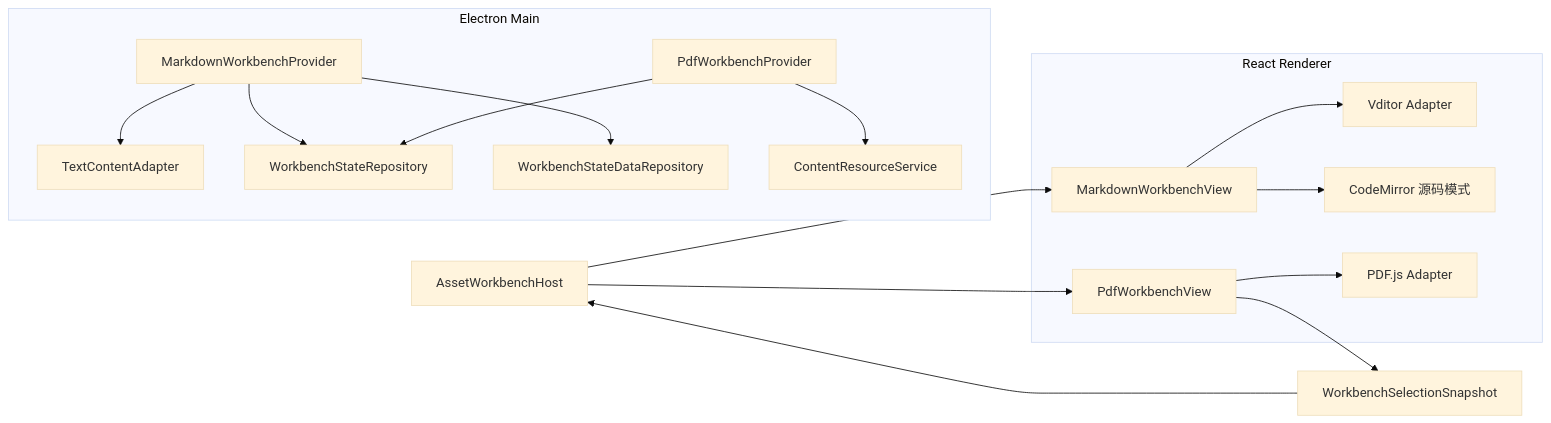
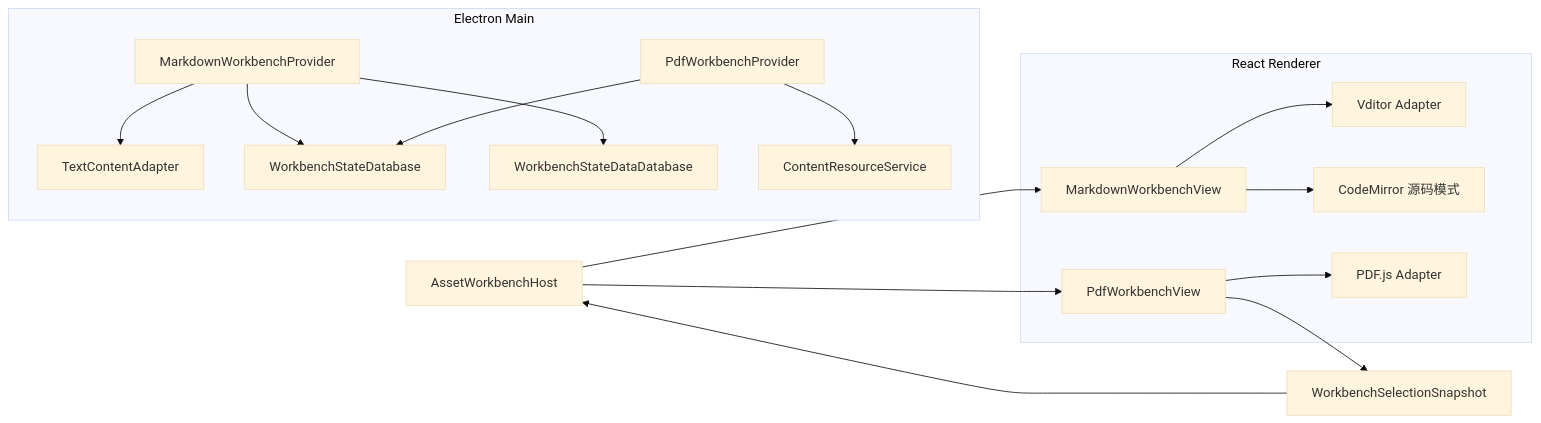
The first of 3 diagrams in docs/superpowers/specs/2026-07-28-markdown-pdf-workbenches-design.md (wu-tian807/learning-companion), drawn with Mermaid (base theme) before and after one commit. The commit also changed 50 other files, not shown here.

````diff
--- a/docs/superpowers/specs/2026-07-28-markdown-pdf-workbenches-design.md
+++ b/docs/superpowers/specs/2026-07-28-markdown-pdf-workbenches-design.md
@@ -99,35 +99,35 @@
 ```mermaid
 flowchart LR
     HOST["AssetWorkbenchHost"]
     SELECTION["WorkbenchSelectionSnapshot"]
 
     subgraph MAIN["Electron Main"]
         MDP["MarkdownWorkbenchProvider"]
         PDFP["PdfWorkbenchProvider"]
         TEXT["TextContentAdapter"]
         RESOURCE["ContentResourceService"]
-        STATE["WorkbenchStateRepository"]
-        DATA["WorkbenchStateDataRepository"]
+        STATE["WorkbenchStateDatabase"]
+        DATA["WorkbenchStateDataDatabase"]
     end
 
     subgraph RENDERER["React Renderer"]
         MDV["MarkdownWorkbenchView"]
         VDITOR["Vditor Adapter"]
         CM["CodeMirror 源码模式"]
         PDFV["PdfWorkbenchView"]
         PDFJS["PDF.js Adapter"]
     end
 
     HOST --> MDV
     HOST --> PDFV
     MDV --> VDITOR
     MDV --> CM
     PDFV --> PDFJS
     PDFV --> SELECTION --> HOST
 
     MDP --> TEXT
     MDP --> STATE
     MDP --> DATA
     PDFP --> RESOURCE
     PDFP --> STATE
 ```
````
